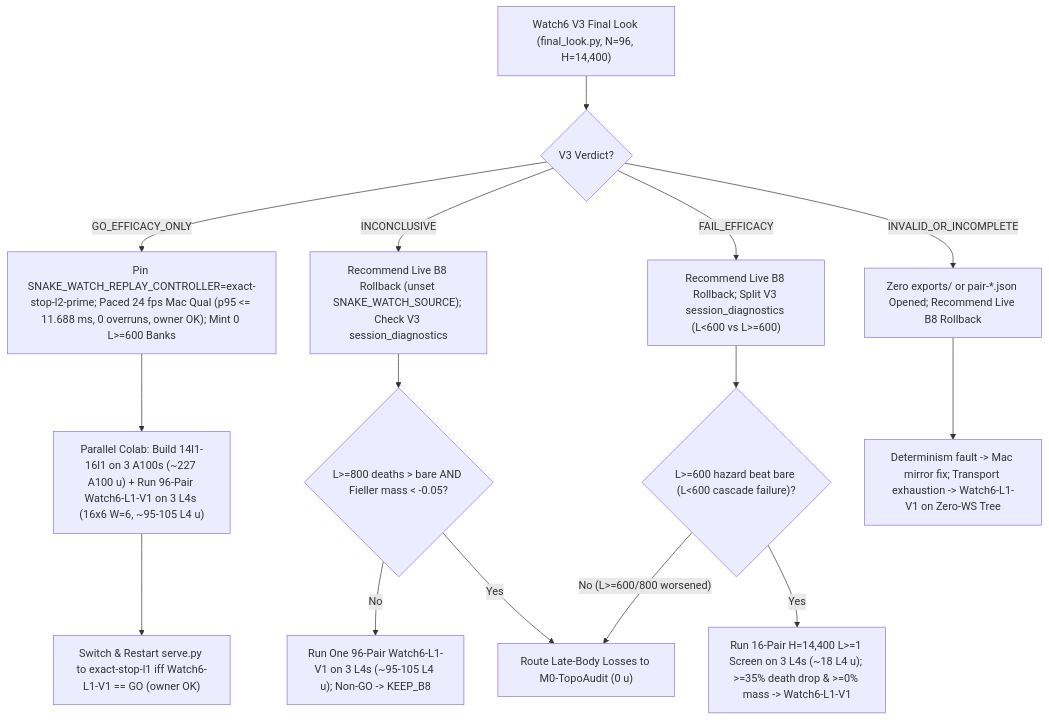
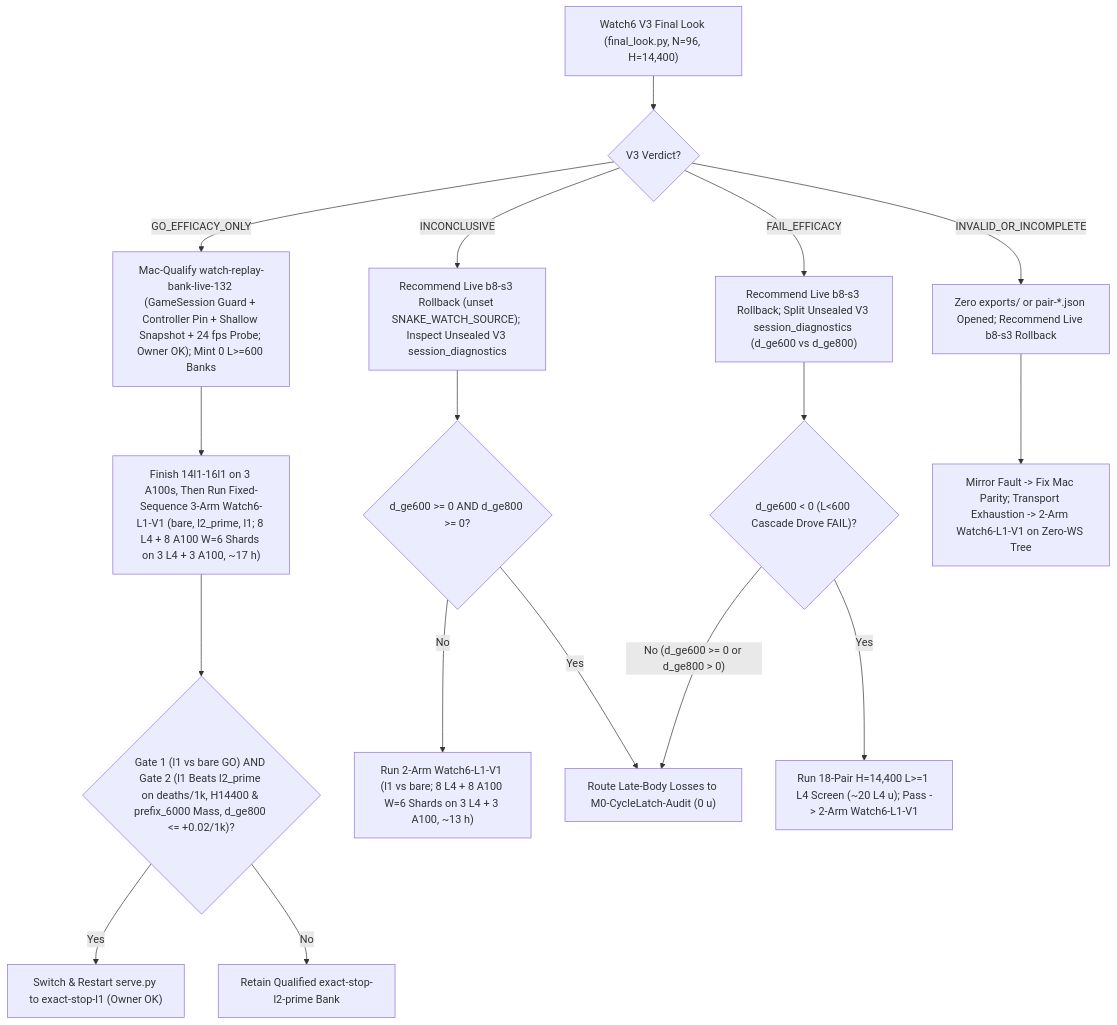
One commit to josenunezwork/snake-dqn changed the diagram in docs/research/ROADMAP.md. Above: the diagram before and after it, drawn with Mermaid. The commit also changed other lines of this file, not shown here.

Commit message:
Update research ROADMAP.md with Round-04 synthesis (advice, not decisions)

````diff
--- a/docs/research/ROADMAP.md
+++ b/docs/research/ROADMAP.md
@@ -74,17 +77,19 @@
 ```mermaid
 flowchart TD
     V3["Watch6 V3 Final Look (final_look.py, N=96, H=14,400)"] --> VERDICT{"V3 Verdict?"}
-    VERDICT -- "GO_EFFICACY_ONLY" --> PIN["Pin SNAKE_WATCH_REPLAY_CONTROLLER=exact-stop-l2-prime; Paced 24 fps Mac Qual (p95 <= 11.688 ms, 0 overruns, owner OK); Mint 0 L>=600 Banks"]
-    PIN --> PAR["Parallel Colab: Build 14l1-16l1 on 3 A100s (~227 A100 u) + Run 96-Pair Watch6-L1-V1 on 3 L4s (16x6 W=6, ~95-105 L4 u)"]
-    PAR --> SWITCH["Switch & Restart serve.py to exact-stop-l1 iff Watch6-L1-V1 == GO (owner OK)"]
-    VERDICT -- "INCONCLUSIVE" --> INC_RB["Recommend Live B8 Rollback (unset SNAKE_WATCH_SOURCE); Check V3 session_diagnostics"]
-    INC_RB --> INC_CHK{"L>=800 deaths > bare AND Fieller mass < -0.05?"}
-    INC_CHK -- "No" --> RUN_L1["Run One 96-Pair Watch6-L1-V1 on 3 L4s (~95-105 L4 u); Non-GO -> KEEP_B8"]
-    INC_CHK -- "Yes" --> TOPO["Route Late-Body Losses to M0-TopoAudit (0 u)"]
-    VERDICT -- "FAIL_EFFICACY" --> FAIL_RB["Recommend Live B8 Rollback; Split V3 session_diagnostics (L<600 vs L>=600)"]
-    FAIL_RB --> FAIL_CHK{"L>=600 hazard beat bare (L<600 cascade failure)?"}
-    FAIL_CHK -- "Yes" --> SCR16["Run 16-Pair H=14,400 L>=1 Screen on 3 L4s (~18 L4 u); >=35% death drop & >=0% mass -> Watch6-L1-V1"]
-    FAIL_CHK -- "No (L>=600/800 worsened)" --> TOPO
-    VERDICT -- "INVALID_OR_INCOMPLETE" --> INV_RB["Zero exports/ or pair-*.json Opened; Recommend Live B8 Rollback"]
-    INV_RB --> INV_FIX["Determinism fault -> Mac mirror fix; Transport exhaustion -> Watch6-L1-V1 on Zero-WS Tree"]
+    VERDICT -- "GO_EFFICACY_ONLY" --> QUAL["Mac-Qualify watch-replay-bank-live-132 (GameSession Guard + Controller Pin + Shallow Snapshot + 24 fps Probe; Owner OK); Mint 0 L>=600 Banks"]
+    QUAL --> L1_3ARM["Finish 14l1-16l1 on 3 A100s, Then Run Fixed-Sequence 3-Arm Watch6-L1-V1 (bare, l2_prime, l1; 8 L4 + 8 A100 W=6 Shards on 3 L4 + 3 A100, ~17 h)"]
+    L1_3ARM --> GATE2{"Gate 1 (l1 vs bare GO) AND Gate 2 (l1 Beats l2_prime on deaths/1k, H14400 & prefix_6000 Mass, d_ge800 <= +0.02/1k)?"}
+    GATE2 -- "Yes" --> SWITCH["Switch & Restart serve.py to exact-stop-l1 (Owner OK)"]
+    GATE2 -- "No" --> KEEP_L2["Retain Qualified exact-stop-l2-prime Bank"]
+    VERDICT -- "INCONCLUSIVE" --> INC_RB["Recommend Live b8-s3 Rollback (unset SNAKE_WATCH_SOURCE); Inspect Unsealed V3 session_diagnostics"]
+    INC_RB --> INC_CHK{"d_ge600 >= 0 AND d_ge800 >= 0?"}
+    INC_CHK -- "No" --> L1_2ARM["Run 2-Arm Watch6-L1-V1 (l1 vs bare; 8 L4 + 8 A100 W=6 Shards on 3 L4 + 3 A100, ~13 h)"]
+    INC_CHK -- "Yes" --> LATCH["Route Late-Body Losses to M0-CycleLatch-Audit (0 u)"]
+    VERDICT -- "FAIL_EFFICACY" --> FAIL_RB["Recommend Live b8-s3 Rollback; Split Unsealed V3 session_diagnostics (d_ge600 vs d_ge800)"]
+    FAIL_RB --> FAIL_CHK{"d_ge600 < 0 (L<600 Cascade Drove FAIL)?"}
+    FAIL_CHK -- "Yes" --> SCR18["Run 18-Pair H=14,400 L>=1 L4 Screen (~20 L4 u); Pass -> 2-Arm Watch6-L1-V1"]
+    FAIL_CHK -- "No (d_ge600 >= 0 or d_ge800 > 0)" --> LATCH
+    VERDICT -- "INVALID_OR_INCOMPLETE" --> INV_RB["Zero exports/ or pair-*.json Opened; Recommend Live b8-s3 Rollback"]
+    INV_RB --> INV_FIX["Mirror Fault -> Fix Mac Parity; Transport Exhaustion -> 2-Arm Watch6-L1-V1 on Zero-WS Tree"]
 ```
````
